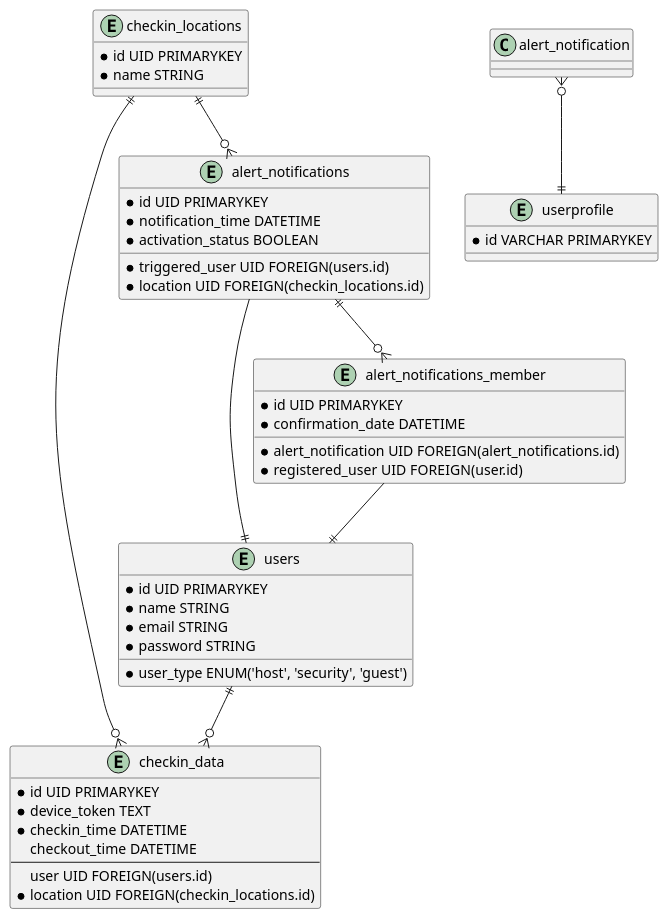
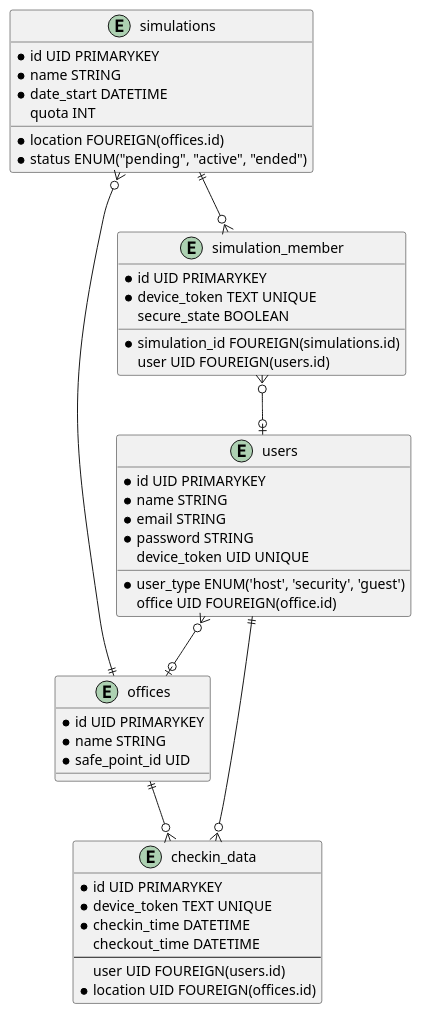
One commit to vithiaz/pln_tanggap changed the diagram in db_design.puml. Above: the diagram before and after it, drawn with PlantUML. The commit also changed 17 other files, not shown here.

```diff
--- a/db_design.puml
+++ b/db_design.puml
@@ -1,56 +1,76 @@
 @startuml
 
 Entity users {
     * id UID PRIMARYKEY
     * name STRING
     * email STRING
     * password STRING
     * user_type ENUM('host', 'security', 'guest')
+    device_token UID UNIQUE
+    office UID FOUREIGN(office.id)
 }
 
-Entity checkin_locations {
+Entity offices {
     * id UID PRIMARYKEY
     * name STRING
+    * safe_point_id UID
 }
 
 Entity checkin_data {
     * id UID PRIMARYKEY
-    * device_token TEXT
+    * device_token TEXT UNIQUE
     * checkin_time DATETIME
     checkout_time DATETIME
     --
-    user UID FOREIGN(users.id)
-    * location UID FOREIGN(checkin_locations.id)
+    user UID FOUREIGN(users.id)
+    * location UID FOUREIGN(offices.id)
 }
 
-Entity userprofile {
-    * id VARCHAR PRIMARYKEY
+' Entity alert_notifications {
+'     * id UID PRIMARYKEY
+'     * triggered_user UID FOUREIGN(users.id)
+'     * location UID FOUREIGN(offices.id)
+'     * notification_time DATETIME
+'     * activation_status BOOLEAN
+' }
+
+' Entity alert_notifications_member {
+'     * id UID PRIMARYKEY
+'     * alert_notification UID FOUREIGN(alert_notifications.id)
+'     * registered_user UID FOUREIGN(user.id)
+'     * confirmation_date DATETIME
+' }
+
+Entity simulations {
+    * id UID PRIMARYKEY
+    * name STRING
+    * location FOUREIGN(offices.id)
+    * date_start DATETIME
+    quota INT
+    * status ENUM("pending", "active", "ended")
 }
 
-Entity alert_notifications {
+Entity simulation_member {
     * id UID PRIMARYKEY
-    * triggered_user UID FOREIGN(users.id)
-    * location UID FOREIGN(checkin_locations.id)
-    * notification_time DATETIME
-    * activation_status BOOLEAN
-}
-
-Entity alert_notifications_member {
-    * id UID PRIMARYKEY
-    * alert_notification UID FOREIGN(alert_notifications.id)
-    * registered_user UID FOREIGN(user.id)
-    * confirmation_date DATETIME
+    * device_token TEXT UNIQUE
+    * simulation_id FOUREIGN(simulations.id)
+    user UID FOUREIGN(users.id)
+    secure_state BOOLEAN
+    ' secure state == true if member's scanned the barcode for office.safe_point_id
 }
 
 
 ' Relation
 users ||--o{ checkin_data
-checkin_locations ||--o{ checkin_data
-checkin_locations ||--o{ alert_notifications
-alert_notifications ||--o{ alert_notifications_member
-alert_notifications_member --|| users
-alert_notifications --|| users
+users }o--o| offices
+offices ||--o{ checkin_data
+' offices ||--o{ alert_notifications
+' alert_notifications ||--o{ alert_notifications_member
+' alert_notifications_member --|| users
+' alert_notifications --|| users
 
-alert_notification }o--|| userprofile
+simulations }o--|| offices
+simulations ||--o{ simulation_member
+simulation_member }o--o| users
 
 @enduml
```
